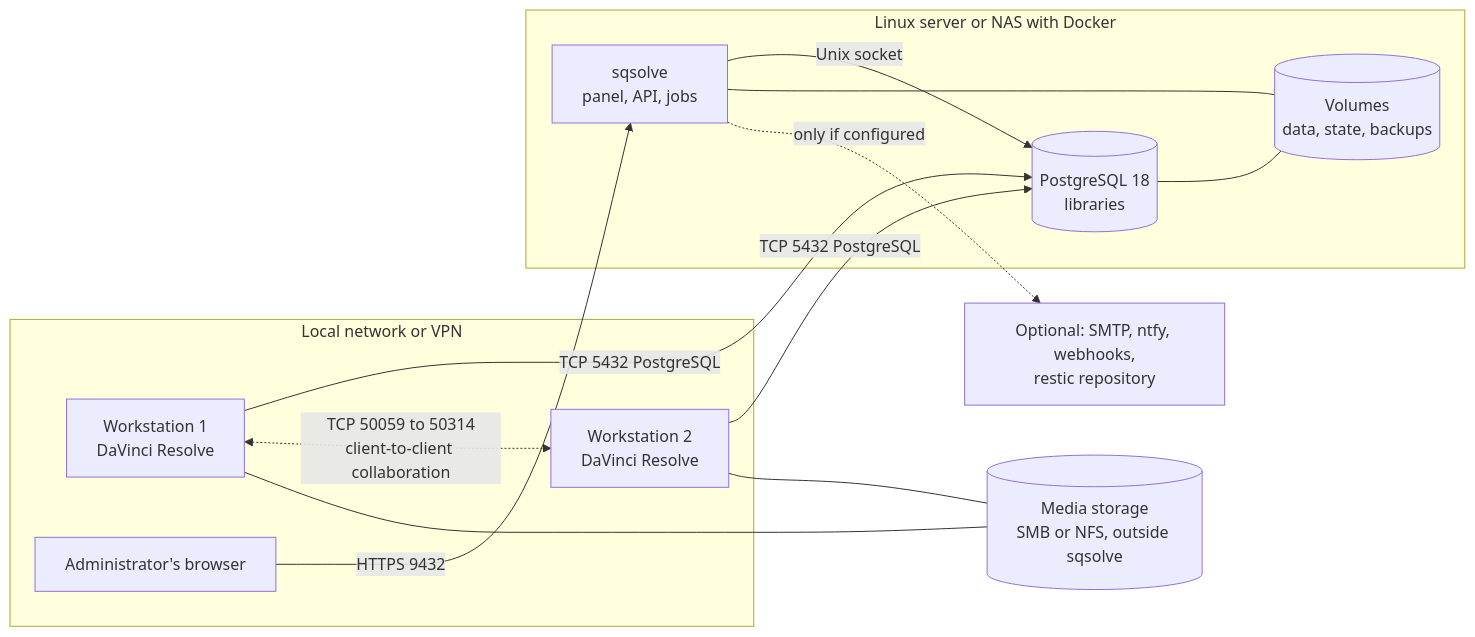
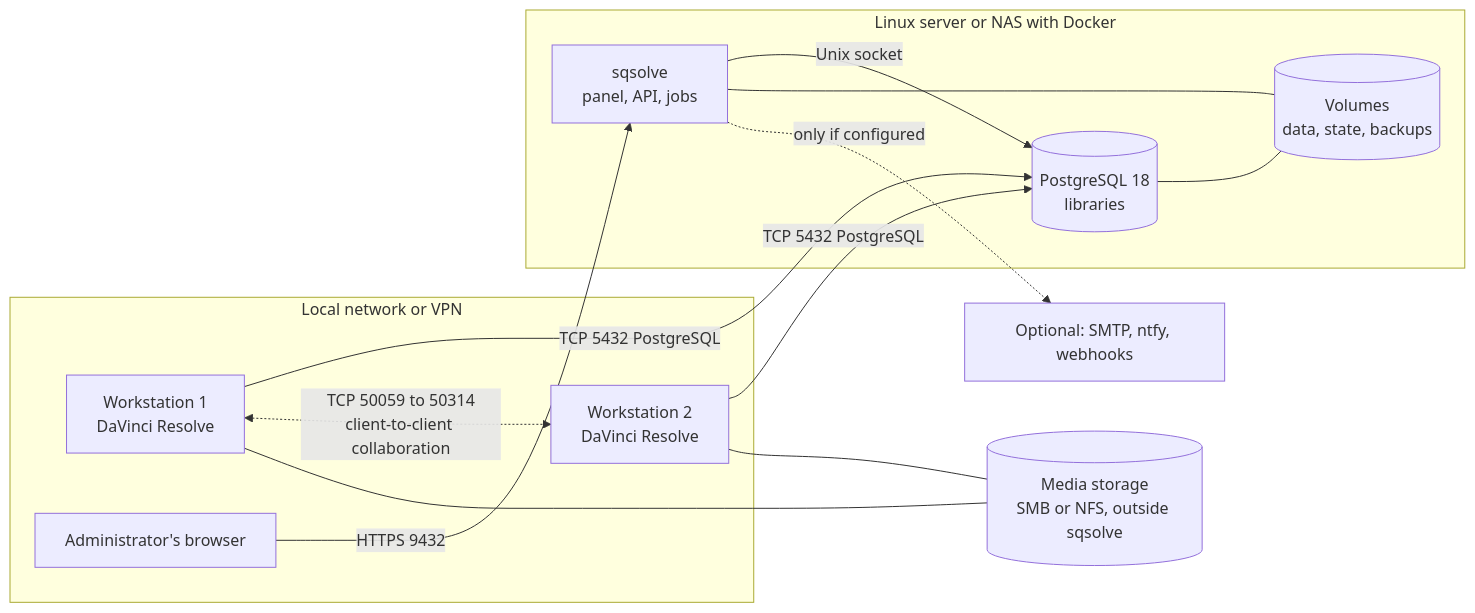
The first of 5 diagrams in docs/05-architecture.md (donutinit/sqsolve), drawn with Mermaid before and after one commit. The commit also changed other lines of this file and 53 other files, not shown here.

````diff
--- a/docs/05-architecture.md
+++ b/docs/05-architecture.md
@@ -23,26 +24,26 @@
 ```mermaid
 flowchart LR
   subgraph LAN["Local network or VPN"]
     WS1["Workstation 1<br/>DaVinci Resolve"]
     WS2["Workstation 2<br/>DaVinci Resolve"]
     ADM["Administrator's browser"]
   end
   subgraph HOST["Linux server or NAS with Docker"]
     PG[("PostgreSQL 18<br/>libraries")]
     SQ["sqsolve<br/>panel, API, jobs"]
     VOL[("Volumes<br/>data, state, backups")]
   end
   MED[("Media storage<br/>SMB or NFS, outside sqsolve")]
-  EXT["Optional: SMTP, ntfy, webhooks,<br/>restic repository"]
+  EXT["Optional: SMTP, ntfy, webhooks"]
 
   WS1 -- "TCP 5432 PostgreSQL" --> PG
   WS2 -- "TCP 5432 PostgreSQL" --> PG
   WS1 <-. "TCP 50059 to 50314<br/>client-to-client collaboration" .-> WS2
   ADM -- "HTTPS 9432" --> SQ
   SQ -- "Unix socket" --> PG
   SQ --- VOL
   PG --- VOL
   WS1 --- MED
   WS2 --- MED
   SQ -. "only if configured" .-> EXT
 ```
````
